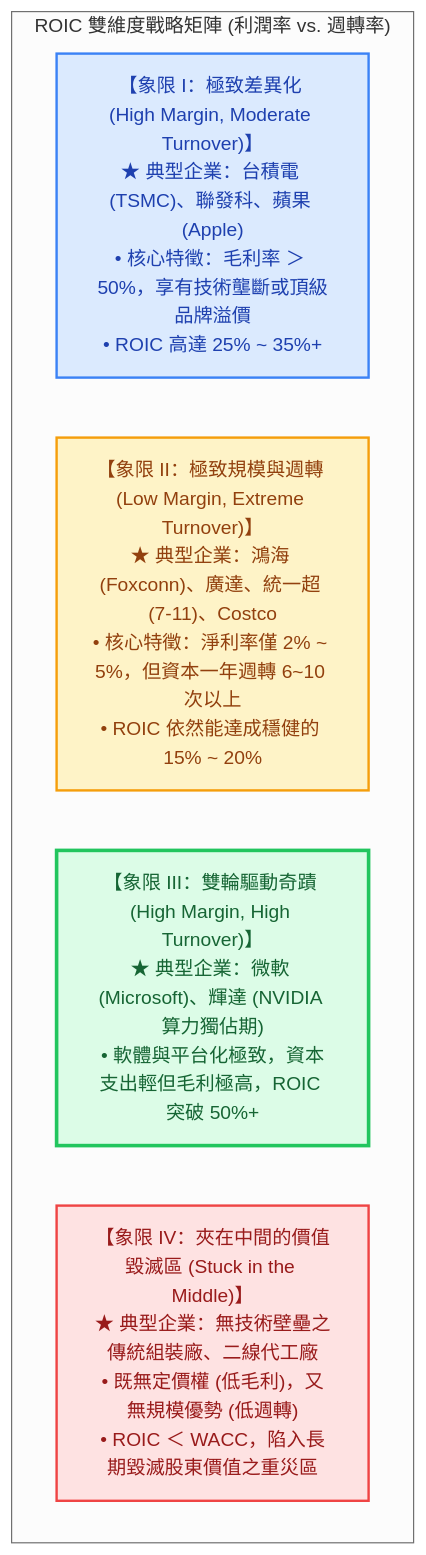
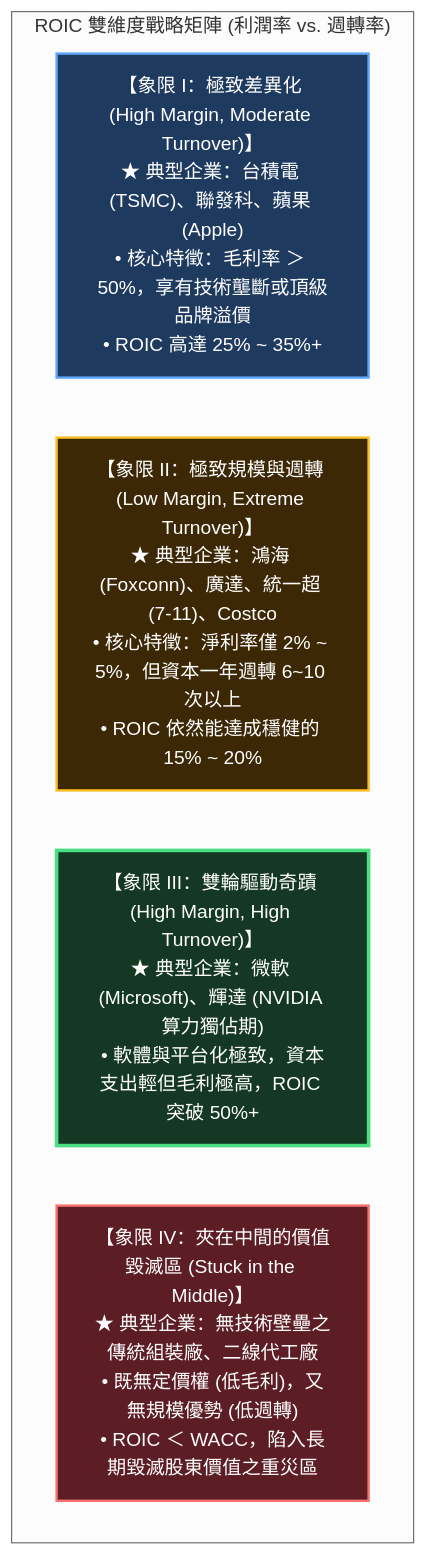
The second of 2 diagrams in src/site/notes/98_商業概念庫/ROIC_投入資本報酬率 Return on Invested Capital.md (Jimlin0428/my-digital-garden), drawn with Mermaid (neutral theme) before and after one commit. The commit also changed other lines of this file and 58 other files, not shown here.

````diff
--- a/src/site/notes/98_商業概念庫/ROIC_投入資本報酬率 Return on Invested Capital.md
+++ b/src/site/notes/98_商業概念庫/ROIC_投入資本報酬率 Return on Invested Capital.md
@@ -88,17 +88,17 @@
 ```mermaid
 flowchart TD
     subgraph StrategicMatrix ["ROIC 雙維度戰略矩陣 (利潤率 vs. 週轉率)"]
         Q1["【象限 I：極致差異化 (High Margin, Moderate Turnover)】<br>★ 典型企業：台積電 (TSMC)、聯發科、蘋果 (Apple)<br>• 核心特徵：毛利率 ＞ 50%，享有技術壟斷或頂級品牌溢價<br>• ROIC 高達 25% ~ 35%+"]
         
         Q2["【象限 II：極致規模與週轉 (Low Margin, Extreme Turnover)】<br>★ 典型企業：鴻海 (Foxconn)、廣達、統一超 (7-11)、Costco<br>• 核心特徵：淨利率僅 2% ~ 5%，但資本一年週轉 6~10 次以上<br>• ROIC 依然能達成穩健的 15% ~ 20%"]
         
         Q3["【象限 III：雙輪驅動奇蹟 (High Margin, High Turnover)】<br>★ 典型企業：微軟 (Microsoft)、輝達 (NVIDIA 算力獨佔期)<br>• 軟體與平台化極致，資本支出輕但毛利極高，ROIC 突破 50%+"]
         
         Q4["【象限 IV：夾在中間的價值毀滅區 (Stuck in the Middle)】<br>★ 典型企業：無技術壁壘之傳統組裝廠、二線代工廠<br>• 既無定價權 (低毛利)，又無規模優勢 (低週轉)<br>• ROIC ＜ WACC，陷入長期毀滅股東價值之重災區"]
     end
 
-    style Q1 fill:#dbeafe,stroke:#3b82f6,stroke-width:2px,color:#1e40af
-    style Q2 fill:#fef3c7,stroke:#f59e0b,stroke-width:2px,color:#92400e
-    style Q3 fill:#dcfce7,stroke:#22c55e,stroke-width:3px,color:#166534
-    style Q4 fill:#fee2e2,stroke:#ef4444,stroke-width:2px,color:#991b1b
+    style Q1 fill:#1e3a5f,stroke:#60a5fa,stroke-width:2px,color:#ffffff
+    style Q2 fill:#3d2806,stroke:#fbbf24,stroke-width:2px,color:#ffffff
+    style Q3 fill:#143823,stroke:#4ade80,stroke-width:3px,color:#ffffff
+    style Q4 fill:#5c1d24,stroke:#f87171,stroke-width:2px,color:#ffffff
 ```
````
